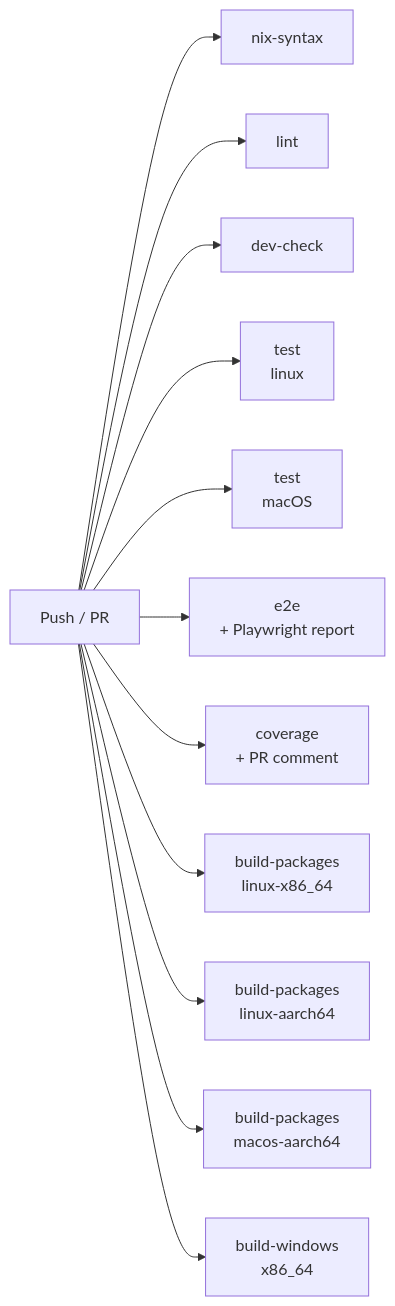
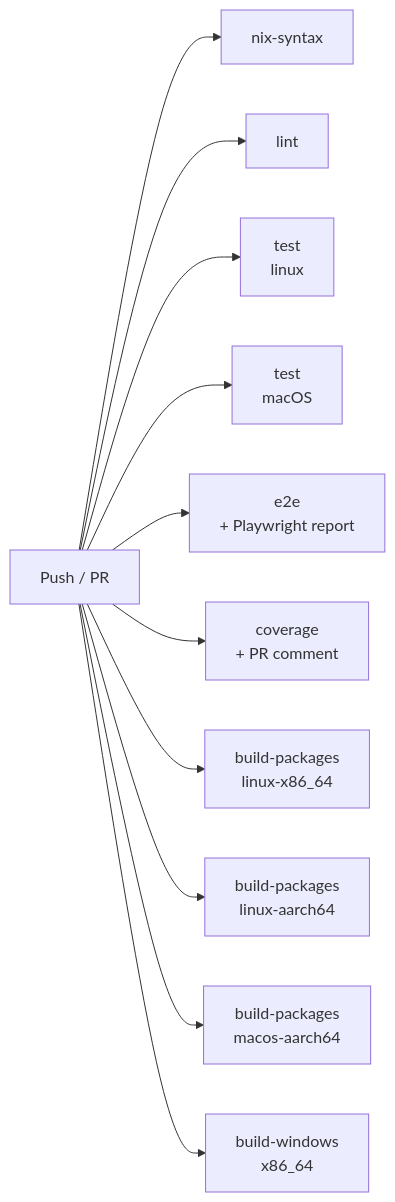
One commit to indent-com/blit changed the second of 7 diagrams in SERVICES.md. Above: the diagram before and after it, drawn with Mermaid. The commit also changed other lines of this file and 89 other files, not shown here.

````diff
--- a/SERVICES.md
+++ b/SERVICES.md
@@ -258,14 +258,13 @@
 ```mermaid
 flowchart LR
     PR[Push / PR] --> nix[nix-syntax]
     PR --> lint[lint]
-    PR --> dev[dev-check]
     PR --> test_linux[test<br>linux]
     PR --> test_mac[test<br>macOS]
     PR --> e2e[e2e<br>+ Playwright report]
     PR --> cov[coverage<br>+ PR comment]
     PR --> pkg_x86[build-packages<br>linux-x86_64]
     PR --> pkg_arm[build-packages<br>linux-aarch64]
     PR --> pkg_mac[build-packages<br>macos-aarch64]
     PR --> win[build-windows<br>x86_64]
 ```
````
